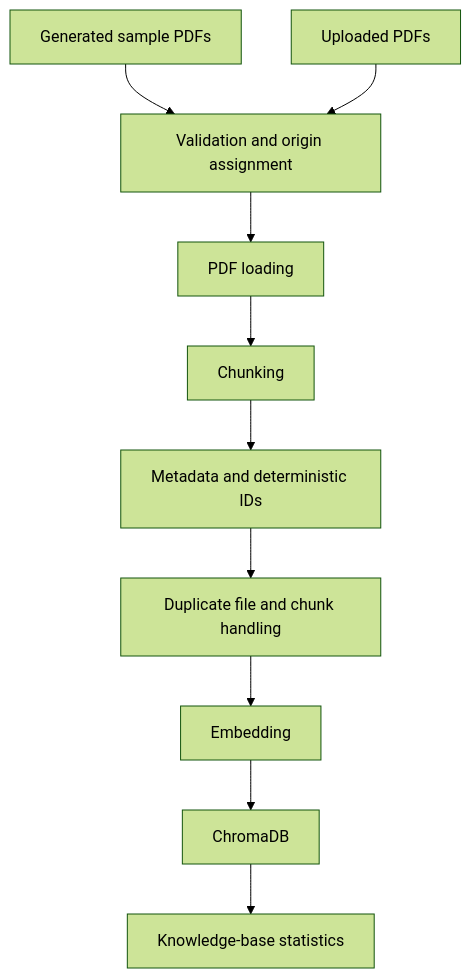
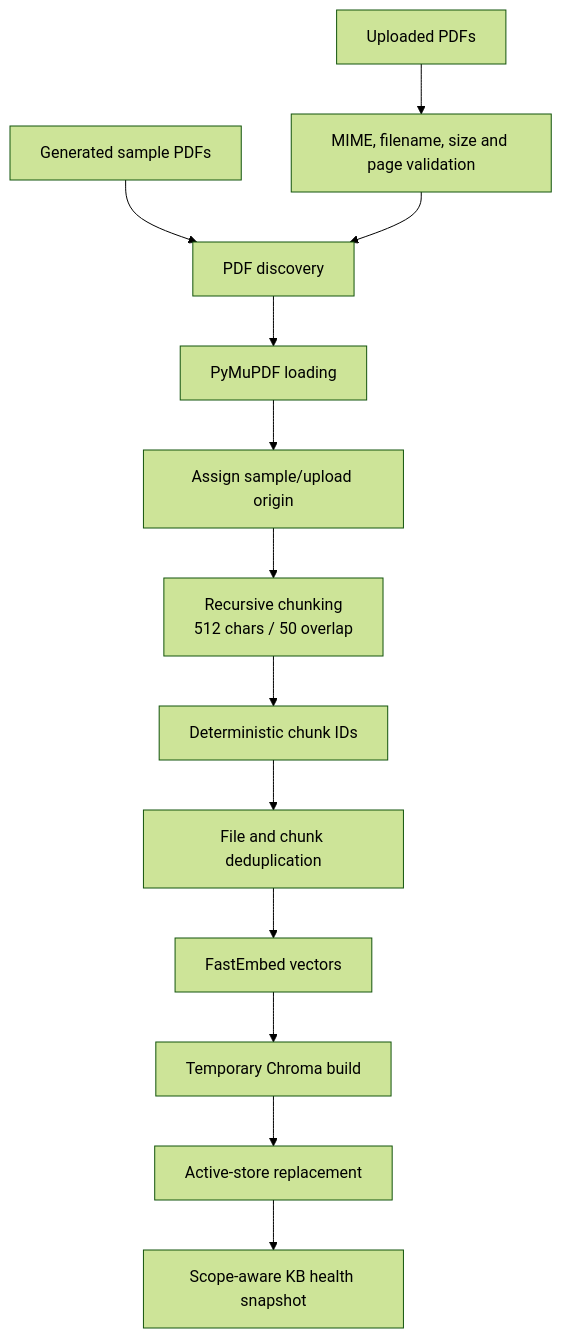
One commit to tusharg007/Internal-RFP-Analyst changed the second of 4 diagrams in README.md. Above: the diagram before and after it, drawn with Mermaid (forest theme). The commit also changed other lines of this file and 24 other files, not shown here.

````diff
--- a/README.md
+++ b/README.md
@@ -129,12 +97,15 @@
 ```mermaid
 flowchart TD
-    Sample["Generated sample PDFs"] --> Validate["Validation and origin assignment"]
-    Upload["Uploaded PDFs"] --> Validate
-    Validate --> Load["PDF loading"]
-    Load --> Chunk["Chunking"]
-    Chunk --> Metadata["Metadata and deterministic IDs"]
-    Metadata --> Dedup["Duplicate file and chunk handling"]
-    Dedup --> Embed["Embedding"]
-    Embed --> Chroma["ChromaDB"]
-    Chroma --> Stats["Knowledge-base statistics"]
+    Samples["Generated sample PDFs"] --> Discovery["PDF discovery"]
+    Uploads["Uploaded PDFs"] --> Validation["MIME, filename, size and page validation"]
+    Validation --> Discovery
+    Discovery --> Load["PyMuPDF loading"]
+    Load --> Origin["Assign sample/upload origin"]
+    Origin --> Chunk["Recursive chunking<br/>512 chars / 50 overlap"]
+    Chunk --> IDs["Deterministic chunk IDs"]
+    IDs --> Dedup["File and chunk deduplication"]
+    Dedup --> Embed["FastEmbed vectors"]
+    Embed --> Build["Temporary Chroma build"]
+    Build --> Swap["Active-store replacement"]
+    Swap --> Health["Scope-aware KB health snapshot"]
 ```
````
